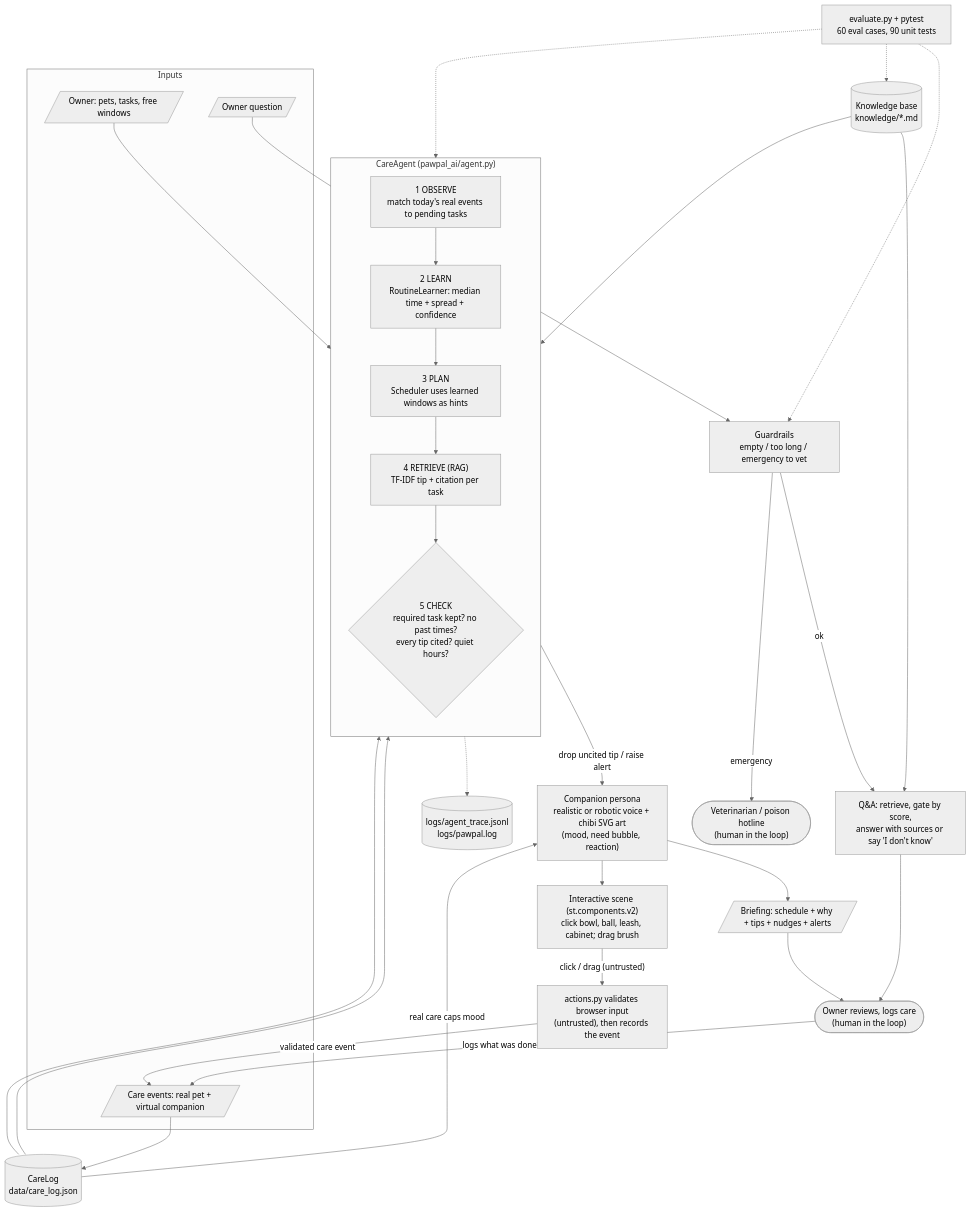
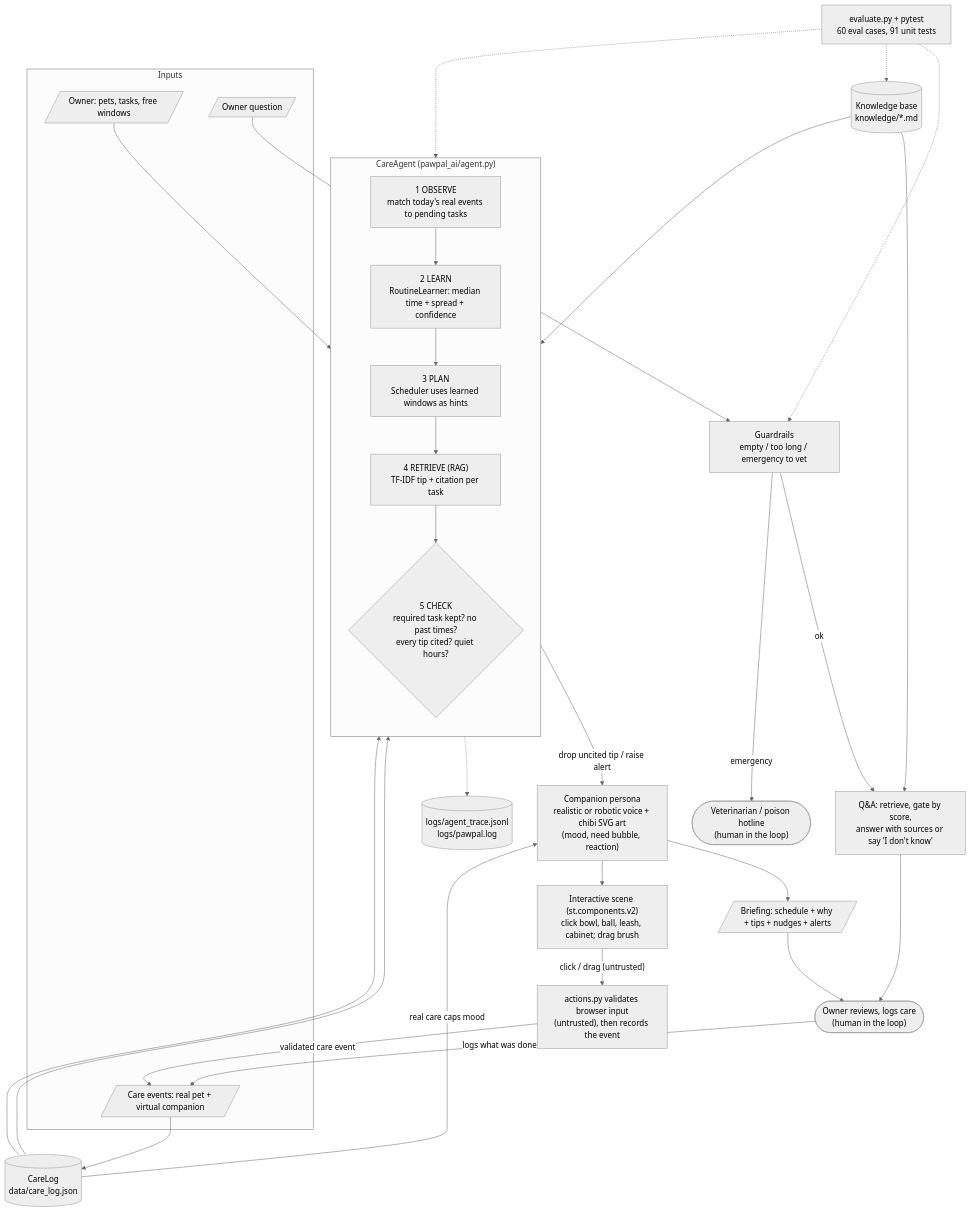
The diagram in diagrams/architecture.mmd (KJhenelle/applied-ai-system-project), drawn with Mermaid (neutral theme) before and after one commit. The commit also changed 1 other file, not shown here.

```diff
--- a/diagrams/architecture.mmd
+++ b/diagrams/architecture.mmd
@@ -1,51 +1,51 @@
 flowchart TD
     subgraph Inputs
         OWNER[/"Owner: pets, tasks, free windows"/]
         EVENTS[/"Care events: real pet + virtual companion"/]
         QUESTION[/"Owner question"/]
     end
 
     LOG[("CareLog<br/>data/care_log.json")]
     KB[("Knowledge base<br/>knowledge/*.md")]
 
     subgraph Agent["CareAgent  (pawpal_ai/agent.py)"]
         direction TB
         OBS["1 OBSERVE<br/>match today's real events to pending tasks"]
         LEARN["2 LEARN<br/>RoutineLearner: median time + spread + confidence"]
         PLAN["3 PLAN<br/>Scheduler uses learned windows as hints"]
         RET["4 RETRIEVE (RAG)<br/>TF-IDF tip + citation per task"]
         CHECK{"5 CHECK<br/>required task kept? no past times?<br/>every tip cited? quiet hours?"}
         OBS --> LEARN --> PLAN --> RET --> CHECK
     end
 
     GUARD["Guardrails<br/>empty / too long / emergency to vet"]
     ASK["Q&A: retrieve, gate by score,<br/>answer with sources or say 'I don't know'"]
 
     COMP["Companion persona<br/>realistic or robotic voice + chibi SVG art<br/>(mood, need bubble, reaction)"]
     OUT[/"Briefing: schedule + why + tips + nudges + alerts"/]
     VET(["Veterinarian / poison hotline<br/>(human in the loop)"])
     STAGE["Interactive scene (st.components.v2)<br/>click bowl, ball, leash, cabinet; drag brush"]
     ACT["actions.py validates browser input<br/>(untrusted), then records the event"]
     OWNERCHECK(["Owner reviews, logs care<br/>(human in the loop)"])
     TRACE[("logs/agent_trace.jsonl<br/>logs/pawpal.log")]
-    EVAL["evaluate.py + pytest<br/>60 eval cases, 90 unit tests"]
+    EVAL["evaluate.py + pytest<br/>60 eval cases, 91 unit tests"]
 
     OWNER --> OBS
     EVENTS --> LOG --> OBS
     LOG --> LEARN
     KB --> RET
     KB --> ASK
     QUESTION --> GUARD
     GUARD -- "ok" --> ASK
     GUARD -- "emergency" --> VET
     LOG -- "real care caps mood" --> COMP
     CHECK -- "drop uncited tip / raise alert" --> COMP --> OUT --> OWNERCHECK
     ASK --> OWNERCHECK
     COMP --> STAGE
     STAGE -- "click / drag (untrusted)" --> ACT
     ACT -- "validated care event" --> EVENTS
     OWNERCHECK -- "logs what was done" --> EVENTS
     Agent -.-> TRACE
     EVAL -.-> Agent
     EVAL -.-> GUARD
     EVAL -.-> KB
```
